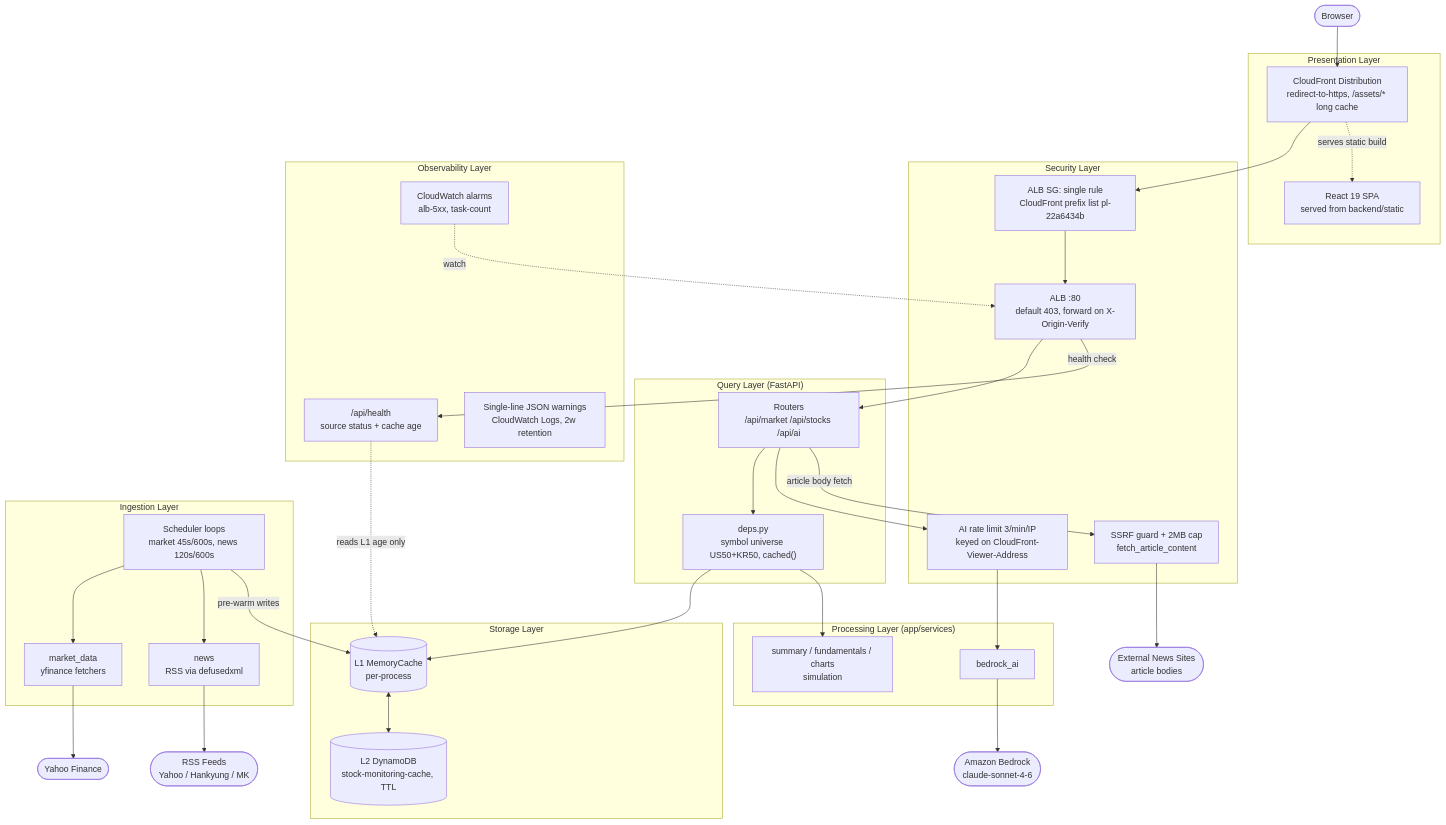
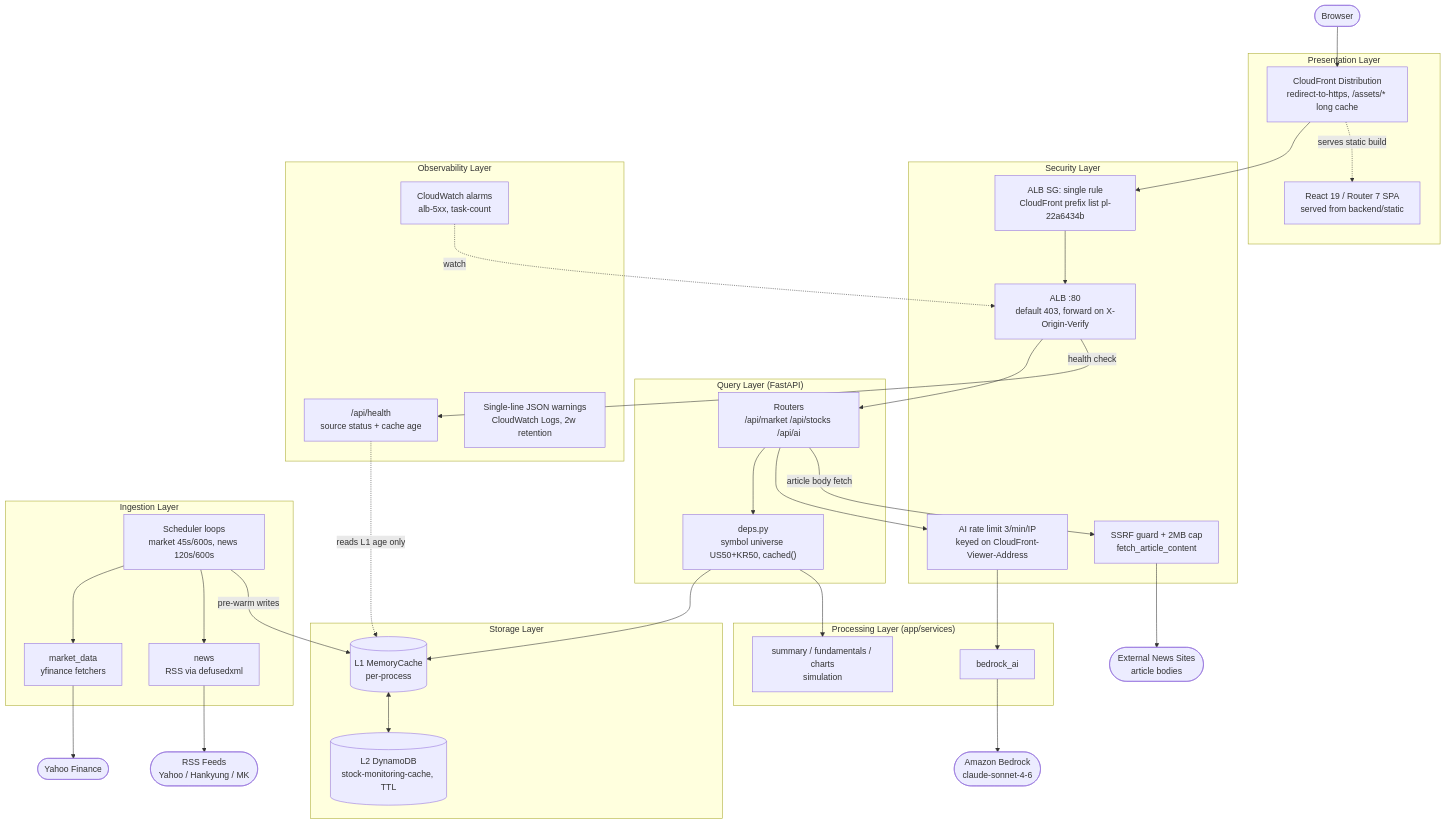
One commit to whchoi98/stock-monitoring changed the third of 4 diagrams in docs/architecture.md. Above: the diagram before and after it, drawn with Mermaid. The commit also changed other lines of this file and 108 other files, not shown here.

First line of the commit message:
feat: upgrade monitoring workspace and ship React Router 7

````diff
--- a/docs/architecture.md
+++ b/docs/architecture.md
@@ -256,63 +266,63 @@
 ```mermaid
 flowchart TB
   browser([Browser])
   yahoo([Yahoo Finance])
   feeds([RSS Feeds<br/>Yahoo / Hankyung / MK])
   press([External News Sites<br/>article bodies])
   bedrock([Amazon Bedrock<br/>claude-sonnet-4-6])
 
   subgraph presentation["Presentation Layer"]
     cf["CloudFront Distribution<br/>redirect-to-https, /assets/* long cache"]
-    spa["React 19 SPA<br/>served from backend/static"]
+    spa["React 19 / Router 7 SPA<br/>served from backend/static"]
   end
 
   subgraph security["Security Layer"]
     sg["ALB SG: single rule<br/>CloudFront prefix list pl-22a6434b"]
     alb["ALB :80<br/>default 403, forward on X-Origin-Verify"]
     rl["AI rate limit 3/min/IP<br/>keyed on CloudFront-Viewer-Address"]
     ssrf["SSRF guard + 2MB cap<br/>fetch_article_content"]
   end
 
   subgraph query["Query Layer (FastAPI)"]
     routes["Routers<br/>/api/market /api/stocks /api/ai"]
     deps["deps.py<br/>symbol universe US50+KR50, cached()"]
   end
 
   subgraph processing["Processing Layer (app/services)"]
     svc["summary / fundamentals / charts<br/>simulation"]
     aisvc["bedrock_ai"]
   end
 
   subgraph storage["Storage Layer"]
     l1[("L1 MemoryCache<br/>per-process")]
     l2[("L2 DynamoDB<br/>stock-monitoring-cache, TTL")]
   end
 
   subgraph ingestion["Ingestion Layer"]
     sched["Scheduler loops<br/>market 45s/600s, news 120s/600s"]
     md["market_data<br/>yfinance fetchers"]
     newssvc["news<br/>RSS via defusedxml"]
   end
 
   subgraph observability["Observability Layer"]
     health["/api/health<br/>source status + cache age"]
     alarms["CloudWatch alarms<br/>alb-5xx, task-count"]
     logs["Single-line JSON warnings<br/>CloudWatch Logs, 2w retention"]
   end
 
   browser --> cf
   cf --> sg --> alb --> routes
   cf -. "serves static build" .-> spa
   routes --> deps
   deps --> l1
   l1 <--> l2
   deps --> svc
   routes --> rl --> aisvc --> bedrock
   routes -- "article body fetch" --> ssrf --> press
   sched --> md --> yahoo
   sched --> newssvc --> feeds
   sched -- "pre-warm writes" --> l1
   alb -- "health check" --> health
   health -. "reads L1 age only" .-> l1
   alarms -. "watch" .-> alb
 ```
````
